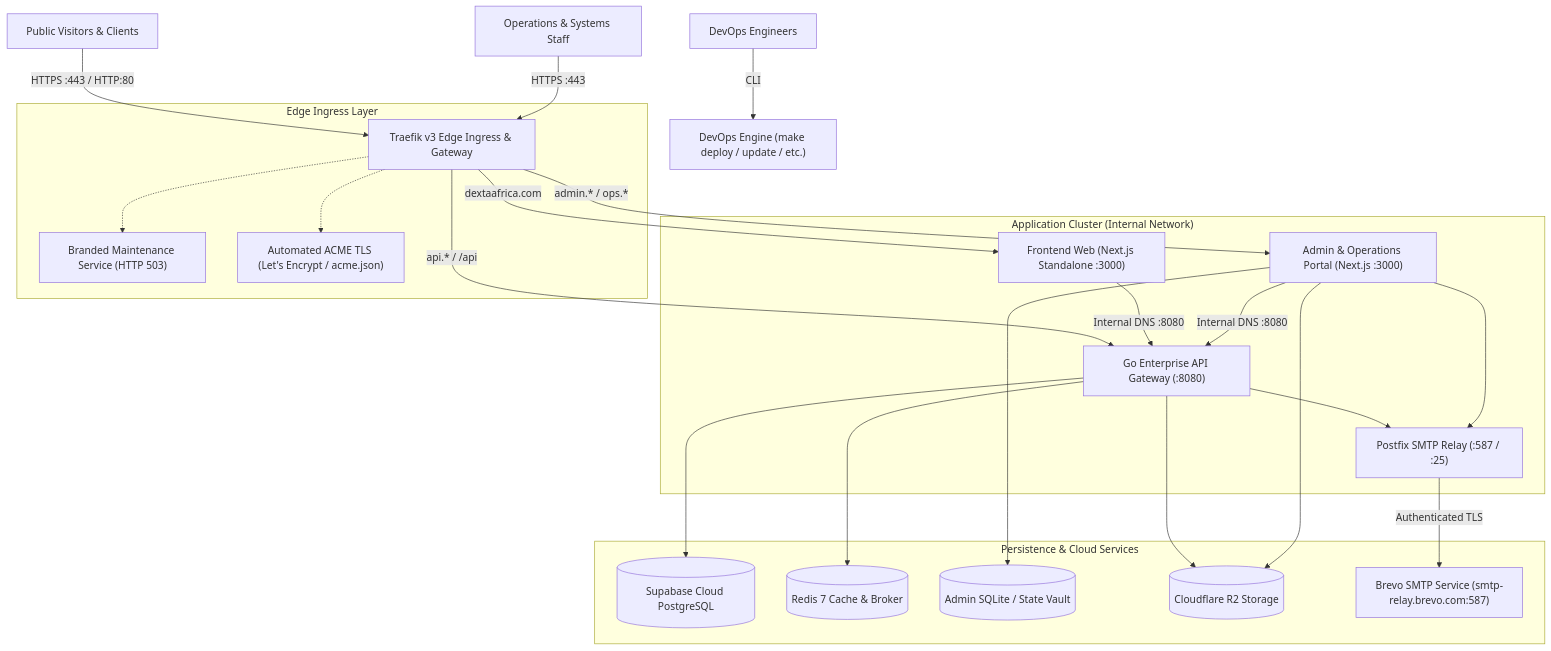
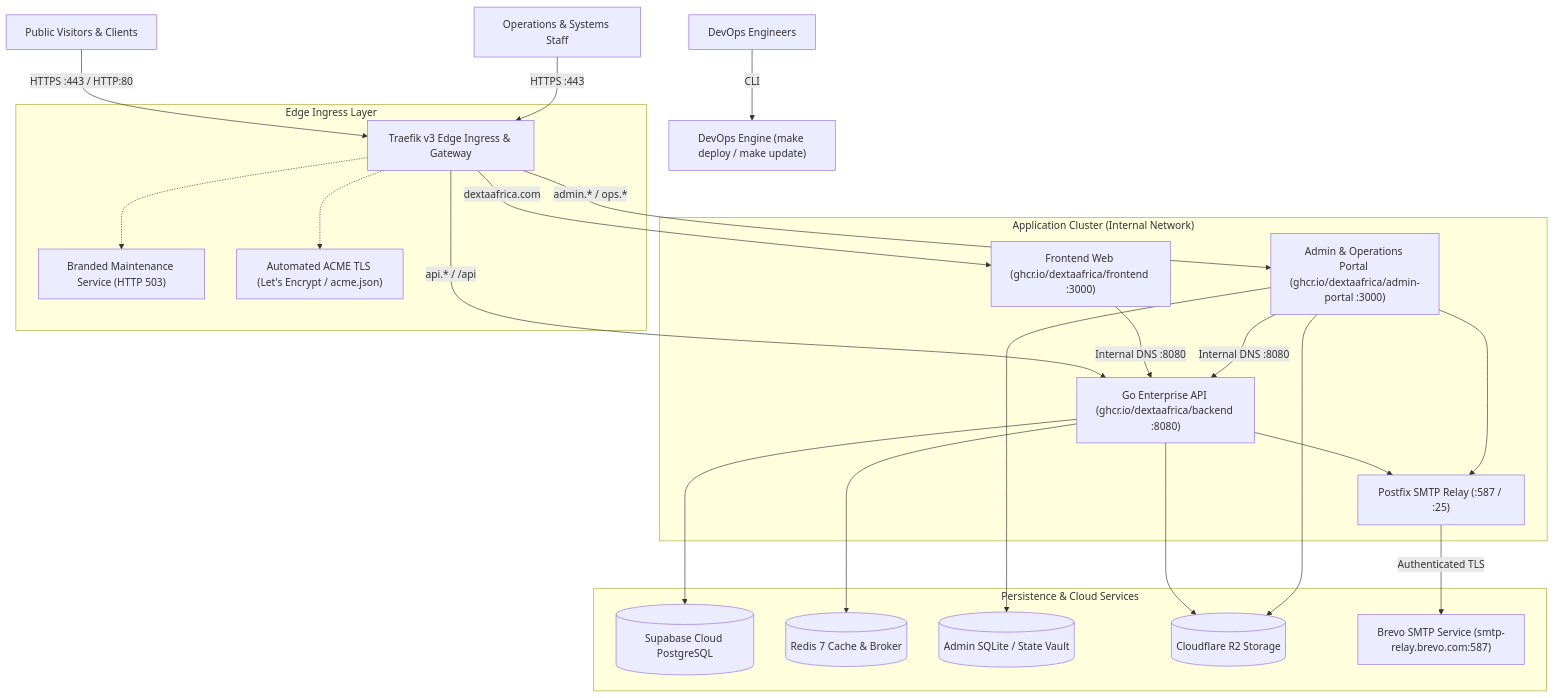
Before and after one commit to DextaAfrica/infrastructure: the diagram in README.md, drawn with Mermaid. The commit also changed other lines of this file and 20 other files, not shown here.

````diff
--- a/README.md
+++ b/README.md
@@ -9,47 +9,47 @@
 ```mermaid
 graph TD
     User["Public Visitors & Clients"] -->|HTTPS :443 / HTTP:80| Traefik["Traefik v3 Edge Ingress & Gateway"]
     Staff["Operations & Systems Staff"] -->|HTTPS :443| Traefik
-    Operator["DevOps Engineers"] -->|CLI| Makefile["DevOps Engine (make deploy / update / etc.)"]
+    Operator["DevOps Engineers"] -->|CLI| Makefile["DevOps Engine (make deploy / make update)"]
 
     subgraph "Edge Ingress Layer"
         Traefik
         Maintenance["Branded Maintenance Service (HTTP 503)"]
         ACME["Automated ACME TLS (Let's Encrypt / acme.json)"]
         Traefik -.-> Maintenance
         Traefik -.-> ACME
     end
 
     subgraph "Application Cluster (Internal Network)"
-        Frontend["Frontend Web (Next.js Standalone :3000)"]
-        AdminPortal["Admin & Operations Portal (Next.js :3000)"]
-        Backend["Go Enterprise API Gateway (:8080)"]
+        Frontend["Frontend Web (ghcr.io/dextaafrica/frontend :3000)"]
+        AdminPortal["Admin & Operations Portal (ghcr.io/dextaafrica/admin-portal :3000)"]
+        Backend["Go Enterprise API (ghcr.io/dextaafrica/backend :8080)"]
         Postfix["Postfix SMTP Relay (:587 / :25)"]
     end
 
     subgraph "Persistence & Cloud Services"
         Supabase[("Supabase Cloud PostgreSQL")]
         Redis[("Redis 7 Cache & Broker")]
         AdminDB[("Admin SQLite / State Vault")]
         CloudStorage[("Cloudflare R2 Storage")]
         Brevo["Brevo SMTP Service (smtp-relay.brevo.com:587)"]
     end
 
     Traefik -->|dextaafrica.com| Frontend
     Traefik -->|admin.* / ops.*| AdminPortal
     Traefik -->|api.* / /api| Backend
 
     Frontend -->|Internal DNS :8080| Backend
     AdminPortal -->|Internal DNS :8080| Backend
 
     Backend --> Supabase
     Backend --> Redis
     Backend --> CloudStorage
     Backend --> Postfix
 
     AdminPortal --> AdminDB
     AdminPortal --> CloudStorage
     AdminPortal --> Postfix
 
     Postfix -->|Authenticated TLS| Brevo
 ```
````
